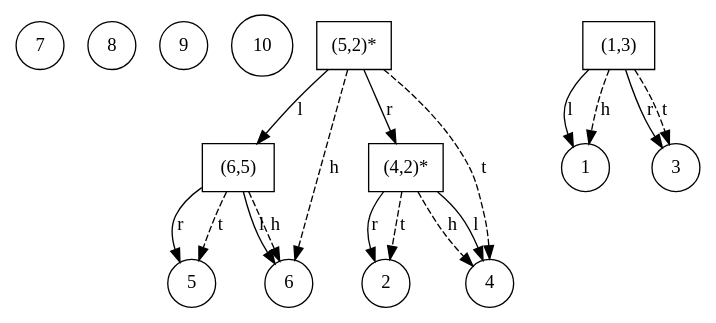
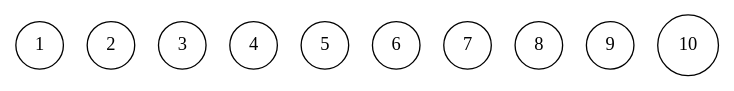
One commit to Musab1Blaser/DynamicTrees_NF changed the diagram in ST-Tree/src/internal_graph.dot. Above: the diagram before and after it, drawn with Graphviz. The commit also changed 3 other files, not shown here.

```diff
--- a/ST-Tree/src/internal_graph.dot
+++ b/ST-Tree/src/internal_graph.dot
@@ -1,32 +1,12 @@
 digraph G {
+1 [shape=circle];
+2 [shape=circle];
+3 [shape=circle];
+4 [shape=circle];
+5 [shape=circle];
+6 [shape=circle];
 7 [shape=circle];
 8 [shape=circle];
 9 [shape=circle];
 10 [shape=circle];
-"(5,2)*" [shape=box];
-"(5,2)*" -> "(6,5)" [label=l];
-"(5,2)*" -> "(4,2)*" [label=r];
-"(5,2)*" -> 6 [style=dashed, label = h];
-"(5,2)*" -> 4 [style=dashed, label = t];
-"(6,5)" [shape=box];
-6 [shape=circle];
-"(6,5)" -> 6 [label=l];
-5 [shape=circle];
-"(6,5)" -> 5 [label=r];
-"(6,5)" -> 6 [style=dashed, label = h];
-"(6,5)" -> 5 [style=dashed, label = t];
-"(4,2)*" [shape=box];
-4 [shape=circle];
-"(4,2)*" -> 4 [label=l];
-2 [shape=circle];
-"(4,2)*" -> 2 [label=r];
-"(4,2)*" -> 4 [style=dashed, label = h];
-"(4,2)*" -> 2 [style=dashed, label = t];
-"(1,3)" [shape=box];
-1 [shape=circle];
-"(1,3)" -> 1 [label=l];
-3 [shape=circle];
-"(1,3)" -> 3 [label=r];
-"(1,3)" -> 1 [style=dashed, label = h];
-"(1,3)" -> 3 [style=dashed, label = t];
 }
```
